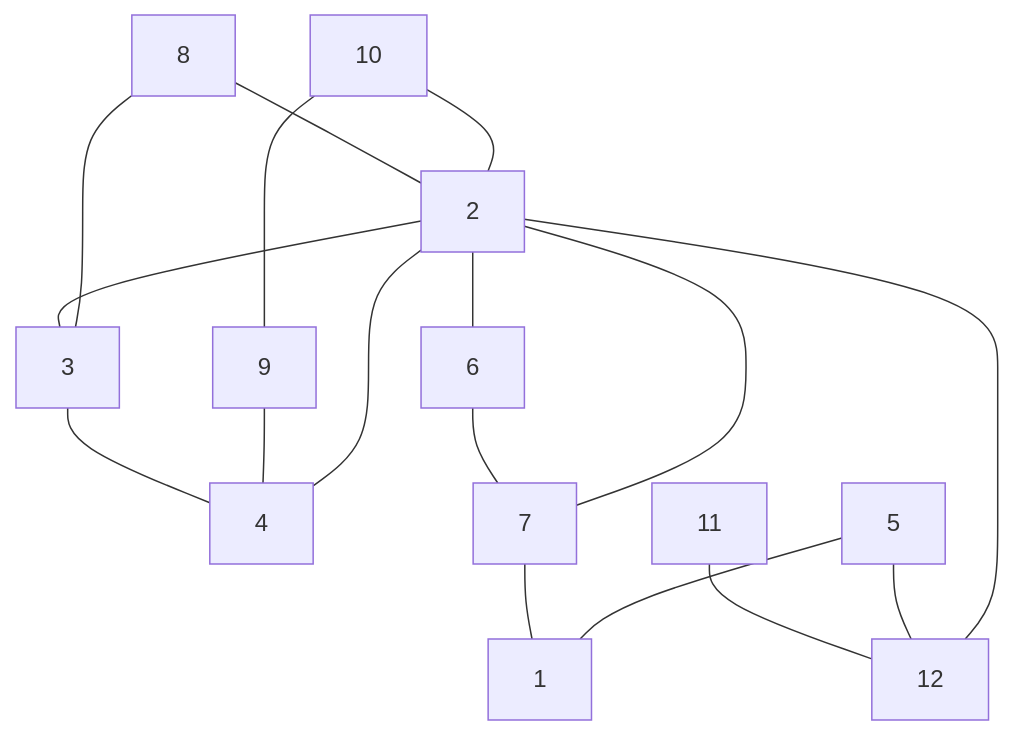
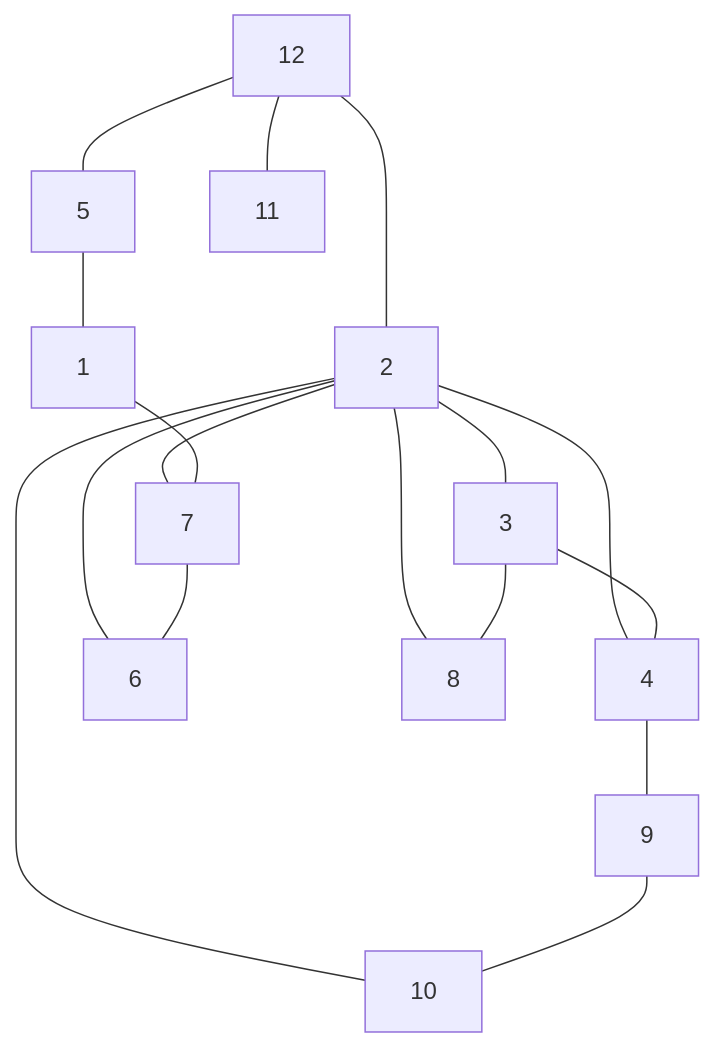
Before and after one commit to antononcube/Raku-Graph: the diagram in README.md, drawn with Mermaid. The commit also changed other lines of this file and 1 other file, not shown here.

Commit message:
docs:Added, marked TODO items.

````diff
--- a/README.md
+++ b/README.md
@@ -156,19 +156,19 @@
 ```mermaid
 graph TD
-10 --- 2
-10 --- 9
-8 --- 3
-8 --- 2
+12 --- 2
+12 --- 5
+12 --- 11
+2 --- 3
+2 --- 10
+2 --- 8
+2 --- 7
+2 --- 6
 2 --- 4
-2 --- 3
-2 --- 6
-2 --- 7
-2 --- 12
-9 --- 4
-6 --- 7
 5 --- 1
-5 --- 12
 3 --- 4
-7 --- 1
-11 --- 12
+3 --- 8
+4 --- 9
+1 --- 7
+7 --- 6
+9 --- 10
 ```
````
